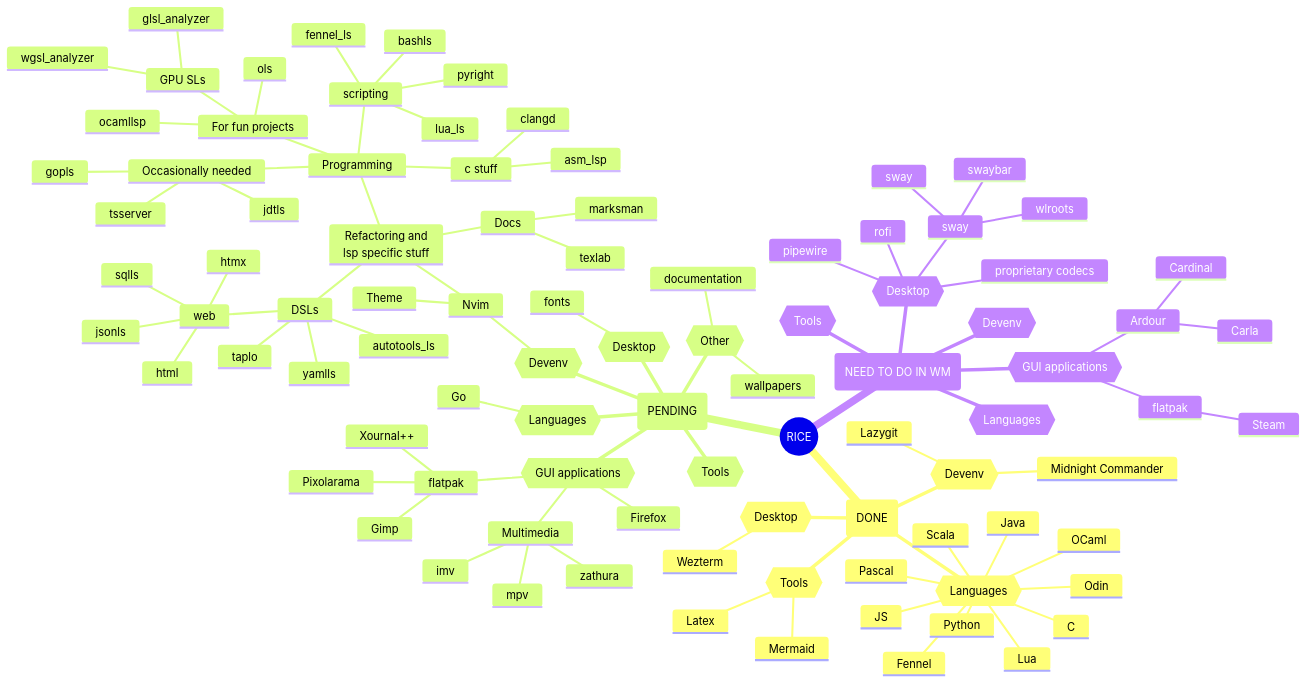
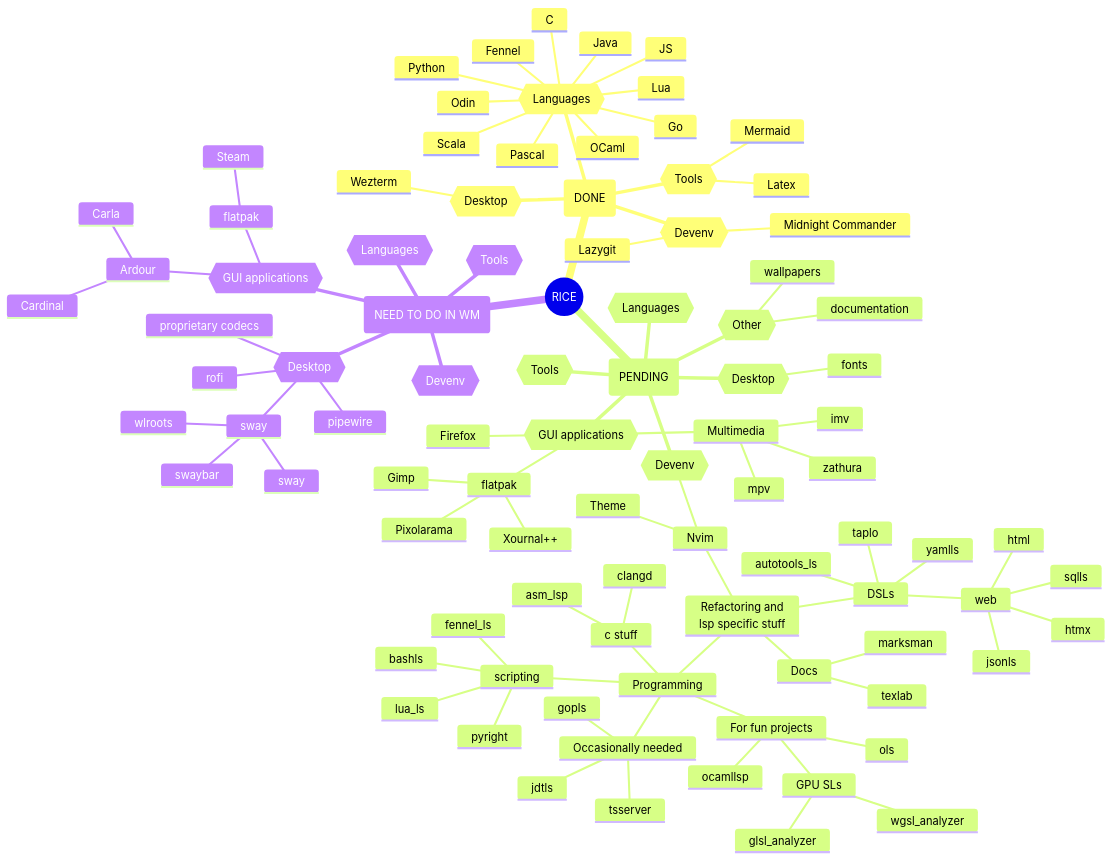
One commit to sebhajek/dotfiles changed the diagram in docs/src/map.mmd. Above: the diagram before and after it, drawn with Mermaid. The commit also changed other lines of this file, not shown here.

```diff
--- a/docs/src/map.mmd
+++ b/docs/src/map.mmd
@@ -1,94 +1,94 @@
 mindmap
 ((RICE))
   (DONE)
     {{Languages}}
       Lua 
       Fennel
       Python
       Scala
       Pascal
       C
       Odin
       Java
       JS
       OCaml
+      Go
     {{Tools}}
       Mermaid
       Latex
     {{Devenv}}
       Lazygit
       Midnight Commander
     {{Desktop}}
       Wezterm
   (PENDING)
     {{Languages}}
-      Go
     {{Tools}}
     {{Devenv}}
       Nvim
         Refactoring and<br/>lsp specific stuff
           DSLs
             autotools_ls
             web
               html
               htmx
               jsonls
               sqlls
             taplo
             yamlls
           Programming
             For fun projects
               ocamllsp
               ols
               GPU SLs
                 glsl_analyzer
                 wgsl_analyzer
             scripting
               bashls  
               fennel_ls
               lua_ls
               pyright
             c stuff
               asm_lsp  
               clangd
             Occasionally needed
               gopls
               jdtls
               tsserver
           Docs
             marksman  
             texlab
         Theme
     {{Desktop}}
       fonts
     {{GUI applications}}
       Firefox
       Multimedia
         mpv
         imv
         zathura
       flatpak
         Pixolarama
         Xournal++
         Gimp
     {{Other}}  
       wallpapers
       documentation
   (NEED TO DO IN WM)
     {{Desktop}}
       sway
         swaybar
         wlroots
         sway
       rofi
       pipewire
       proprietary codecs
     {{GUI applications}}
       flatpak
         Steam
       Ardour
         Carla
         Cardinal
     {{Languages}}
     {{Tools}}
     {{Devenv}}
```
